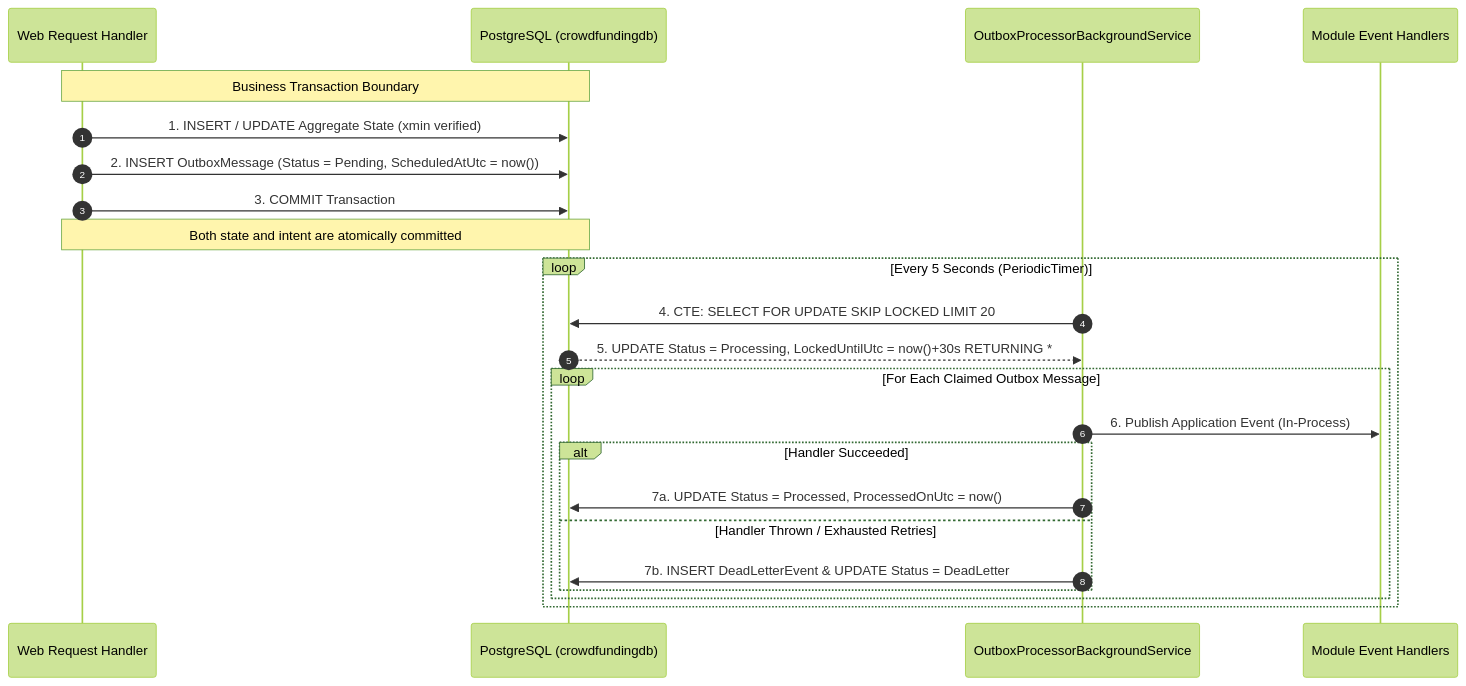
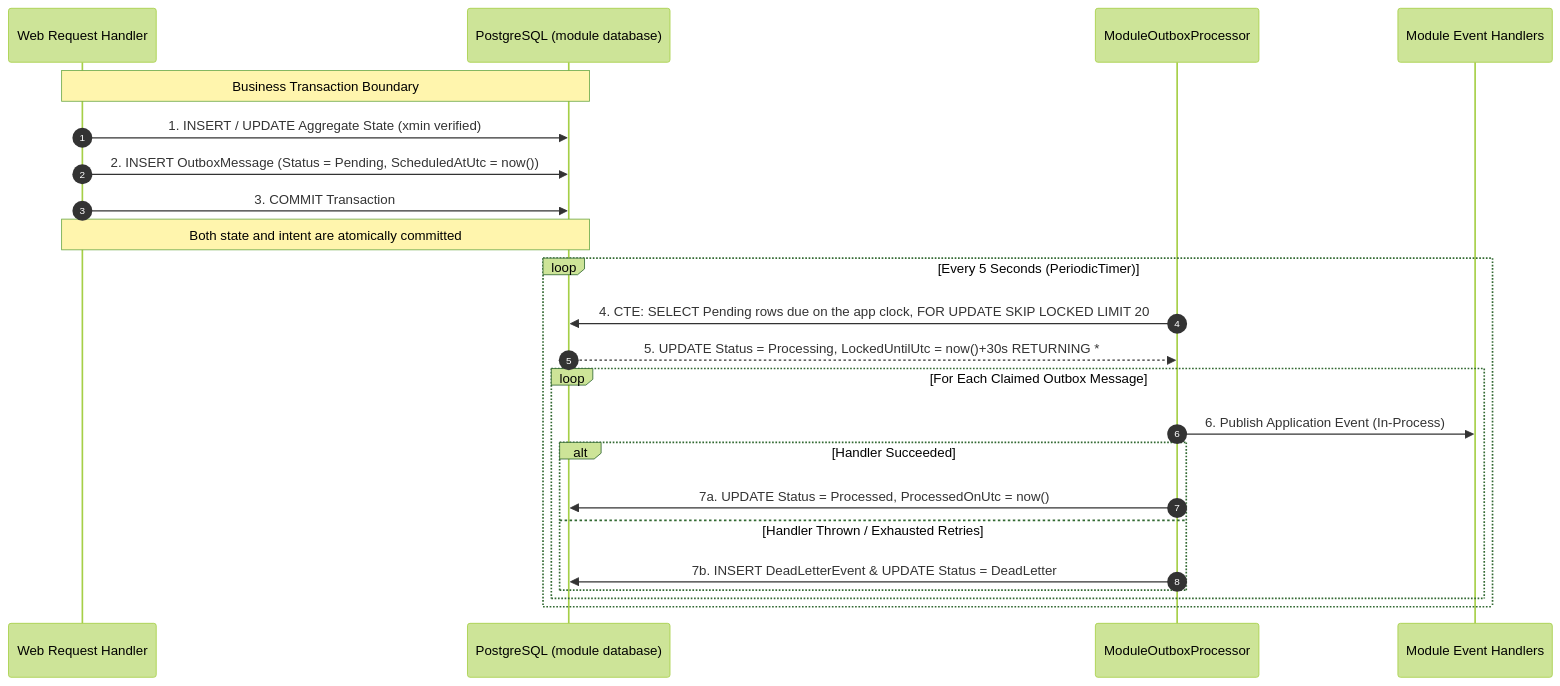
One commit to maysamgamini/crowdfundinghub changed the fourth of 13 diagrams in docs/TRADE_OFFS_AND_LIMITATIONS.md. Above: the diagram before and after it, drawn with Mermaid (forest theme). The commit also changed other lines of this file and 20 other files, not shown here.

````diff
--- a/docs/TRADE_OFFS_AND_LIMITATIONS.md
+++ b/docs/TRADE_OFFS_AND_LIMITATIONS.md
@@ -224,27 +221,27 @@
 ```mermaid
 sequenceDiagram
     autonumber
     participant App as Web Request Handler
-    participant DB as PostgreSQL (crowdfundingdb)
-    participant Worker as OutboxProcessorBackgroundService
+    participant DB as PostgreSQL (module database)
+    participant Worker as ModuleOutboxProcessor
     participant Handlers as Module Event Handlers
 
     Note over App,DB: Business Transaction Boundary
     App->>DB: 1. INSERT / UPDATE Aggregate State (xmin verified)
     App->>DB: 2. INSERT OutboxMessage (Status = Pending, ScheduledAtUtc = now())
     App->>DB: 3. COMMIT Transaction
     Note over App,DB: Both state and intent are atomically committed
 
     loop Every 5 Seconds (PeriodicTimer)
-        Worker->>DB: 4. CTE: SELECT FOR UPDATE SKIP LOCKED LIMIT 20
+        Worker->>DB: 4. CTE: SELECT Pending rows due on the app clock, FOR UPDATE SKIP LOCKED LIMIT 20
         DB-->>Worker: 5. UPDATE Status = Processing, LockedUntilUtc = now()+30s RETURNING *
         loop For Each Claimed Outbox Message
             Worker->>Handlers: 6. Publish Application Event (In-Process)
             alt Handler Succeeded
                 Worker->>DB: 7a. UPDATE Status = Processed, ProcessedOnUtc = now()
             else Handler Thrown / Exhausted Retries
                 Worker->>DB: 7b. INSERT DeadLetterEvent & UPDATE Status = DeadLetter
             end
         end
     end
 ```
````
